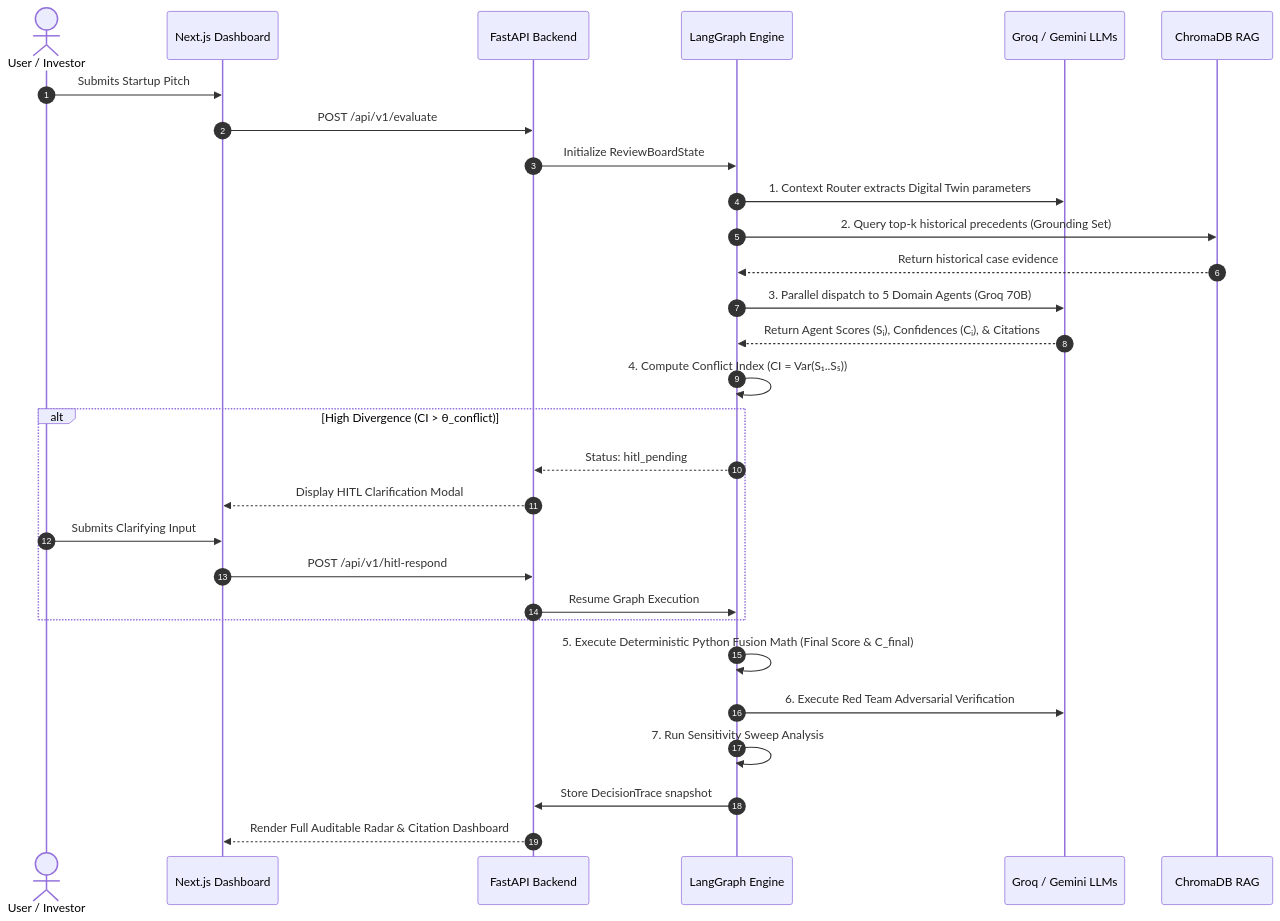
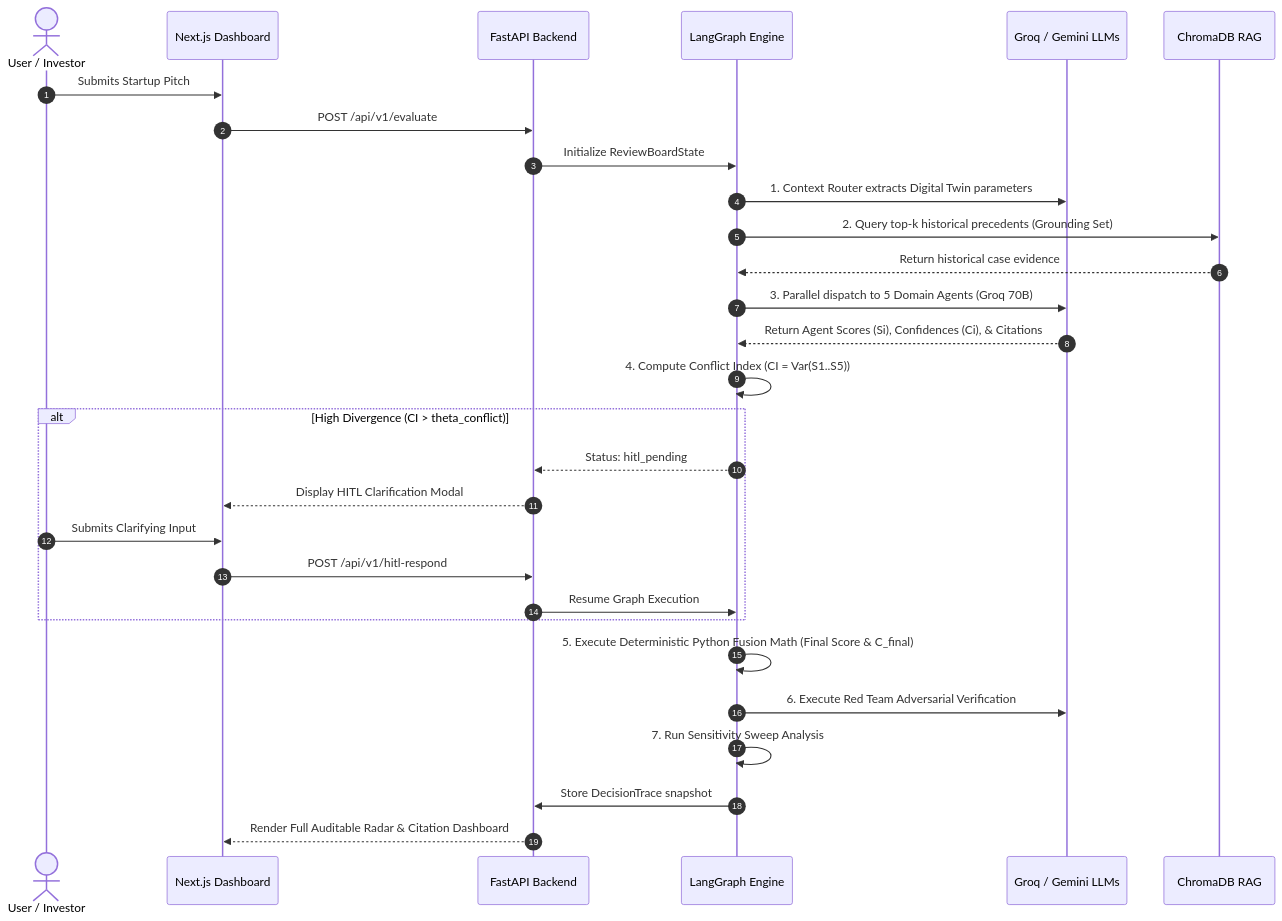
The second of 2 diagrams in README.md (Darshil-Ag/pjt), drawn with Mermaid before and after one commit. The commit also changed other lines of this file, not shown here.

Commit message:
fix(docs): quote Mermaid edge labels and replace unicode symbols for GitHub renderer compatibility

````diff
--- a/README.md
+++ b/README.md
@@ -68,34 +68,34 @@
 ```mermaid
 sequenceDiagram
     autonumber
     actor User as User / Investor
     participant UI as Next.js Dashboard
     participant API as FastAPI Backend
     participant Graph as LangGraph Engine
     participant LLM as Groq / Gemini LLMs
     participant VectorDB as ChromaDB RAG
 
     User->>UI: Submits Startup Pitch
     UI->>API: POST /api/v1/evaluate
     API->>Graph: Initialize ReviewBoardState
     Graph->>LLM: 1. Context Router extracts Digital Twin parameters
     Graph->>VectorDB: 2. Query top-k historical precedents (Grounding Set)
     VectorDB-->>Graph: Return historical case evidence
     Graph->>LLM: 3. Parallel dispatch to 5 Domain Agents (Groq 70B)
-    LLM-->>Graph: Return Agent Scores (Sᵢ), Confidences (Cᵢ), & Citations
-    Graph->>Graph: 4. Compute Conflict Index (CI = Var(S₁..S₅))
+    LLM-->>Graph: Return Agent Scores (Si), Confidences (Ci), & Citations
+    Graph->>Graph: 4. Compute Conflict Index (CI = Var(S1..S5))
 
-    alt High Divergence (CI > θ_conflict)
+    alt High Divergence (CI > theta_conflict)
         Graph-->>API: Status: hitl_pending
         API-->>UI: Display HITL Clarification Modal
         User->>UI: Submits Clarifying Input
         UI->>API: POST /api/v1/hitl-respond
         API->>Graph: Resume Graph Execution
     end
 
     Graph->>Graph: 5. Execute Deterministic Python Fusion Math (Final Score & C_final)
     Graph->>LLM: 6. Execute Red Team Adversarial Verification
     Graph->>Graph: 7. Run Sensitivity Sweep Analysis
     Graph->>API: Store DecisionTrace snapshot
     API-->>UI: Render Full Auditable Radar & Citation Dashboard
 ```
````
